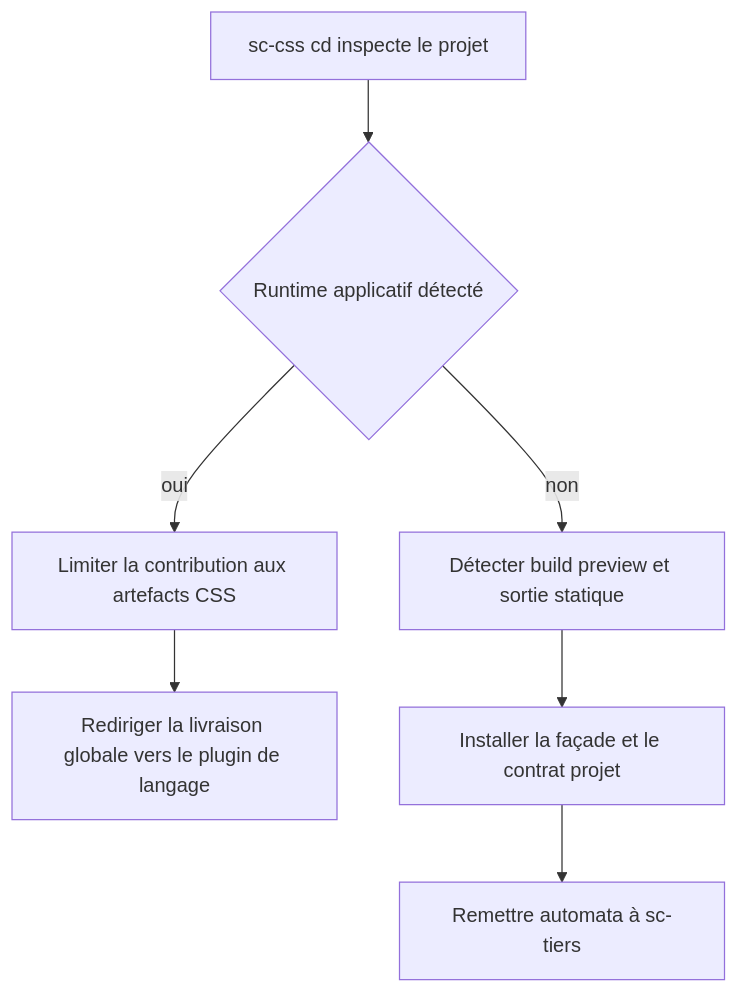
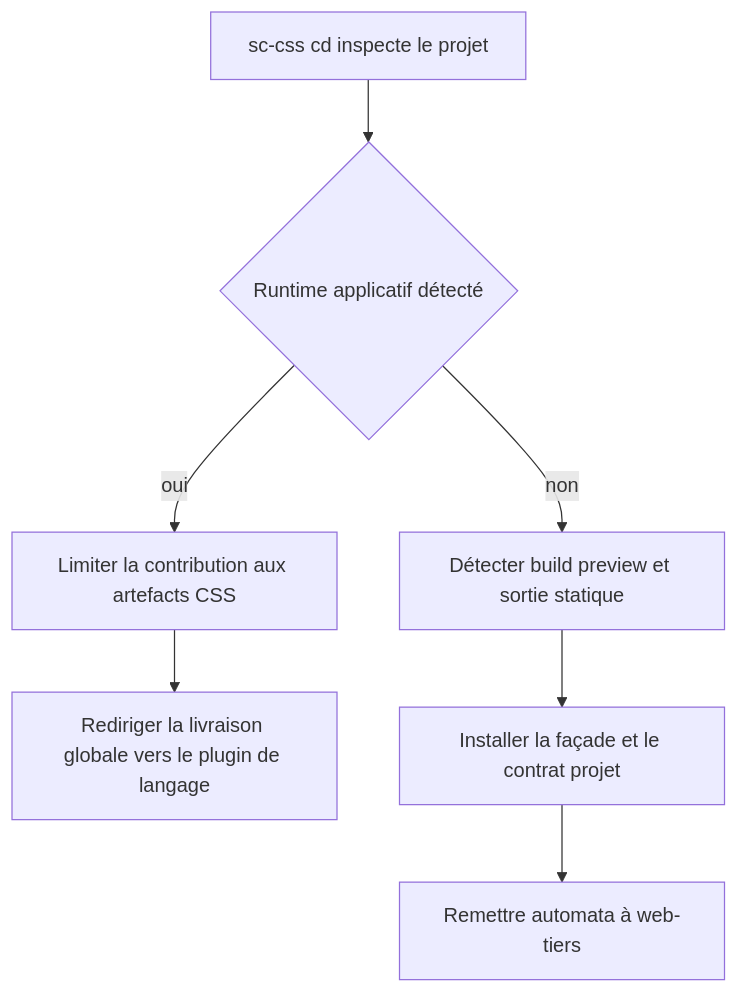
The first of 2 diagrams in aidd_docs/tasks/2026_08/2026_08_28-sc-cd-livraison-multistack/phase-7.md (RebelliousSmile/aidd-claude-custom), drawn with Mermaid before and after one commit. The commit also changed other lines of this file and 199 other files, not shown here.

Commit message:
feat-marketplace-rename-web-tiers-and-consolidate-pdf

````diff
--- a/aidd_docs/tasks/2026_08/2026_08_28-sc-cd-livraison-multistack/phase-7.md
+++ b/aidd_docs/tasks/2026_08/2026_08_28-sc-cd-livraison-multistack/phase-7.md
@@ -25,9 +25,9 @@
 ```mermaid
 flowchart TD
   A[sc-css cd inspecte le projet] --> B{Runtime applicatif détecté}
   B -->|oui| C[Limiter la contribution aux artefacts CSS]
   C --> D[Rediriger la livraison globale vers le plugin de langage]
   B -->|non| E[Détecter build preview et sortie statique]
   E --> F[Installer la façade et le contrat projet]
-  F --> G[Remettre automata à sc-tiers]
+  F --> G[Remettre automata à web-tiers]
 ```
````
